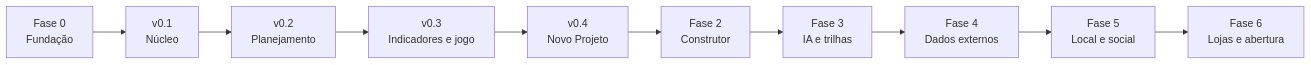
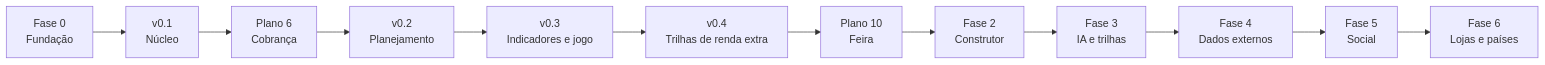
One commit to warthogozz-cyber/liberdade changed the diagram in docs/roadmap.md. Above: the diagram before and after it, drawn with Mermaid. The commit also changed other lines of this file and 5 other files, not shown here.

First line of the commit message:
docs: bring billing forward and plan the post-Plan 5 roadmap (#41)

````diff
--- a/docs/roadmap.md
+++ b/docs/roadmap.md
@@ -11,12 +15,14 @@
 ```mermaid
 flowchart LR
   f0[Fase 0<br/>Fundação] --> v01[v0.1<br/>Núcleo]
-  v01 --> v02[v0.2<br/>Planejamento]
+  v01 --> p6[Plano 6<br/>Cobrança]
+  p6 --> v02[v0.2<br/>Planejamento]
   v02 --> v03[v0.3<br/>Indicadores e jogo]
-  v03 --> v04[v0.4<br/>Novo Projeto]
-  v04 --> f2[Fase 2<br/>Construtor]
+  v03 --> v04[v0.4<br/>Trilhas de renda extra]
+  v04 --> p10[Plano 10<br/>Feira]
+  p10 --> f2[Fase 2<br/>Construtor]
   f2 --> f3[Fase 3<br/>IA e trilhas]
   f3 --> f4[Fase 4<br/>Dados externos]
-  f4 --> f5[Fase 5<br/>Local e social]
-  f5 --> f6[Fase 6<br/>Lojas e abertura]
+  f4 --> f5[Fase 5<br/>Social]
+  f5 --> f6[Fase 6<br/>Lojas e países]
 ```
````
